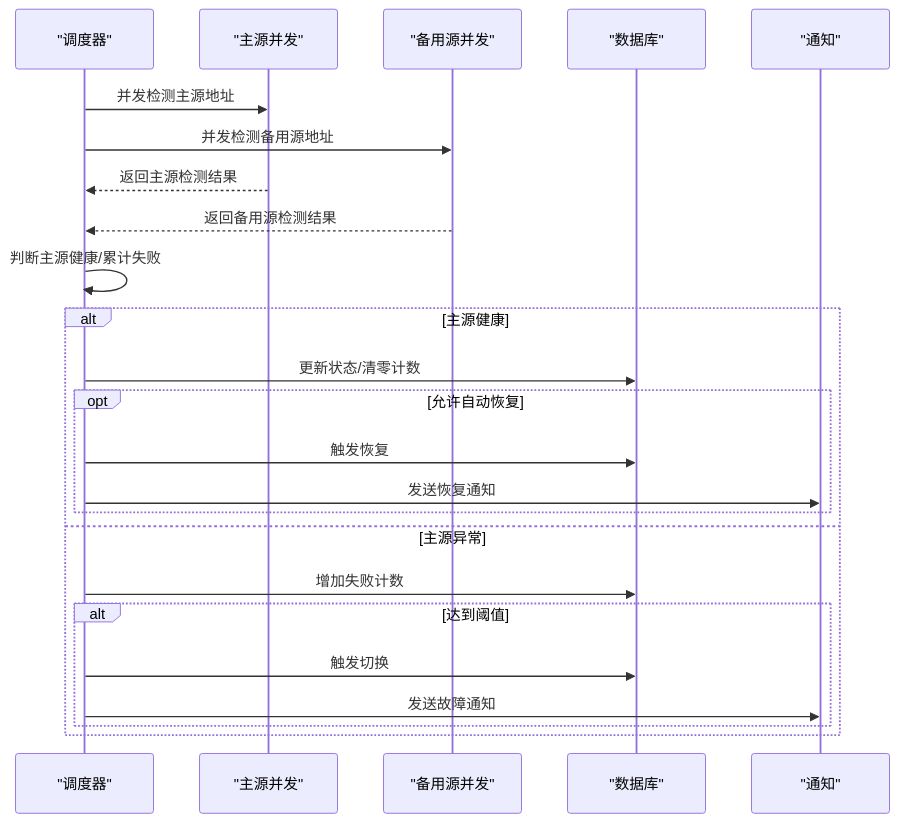
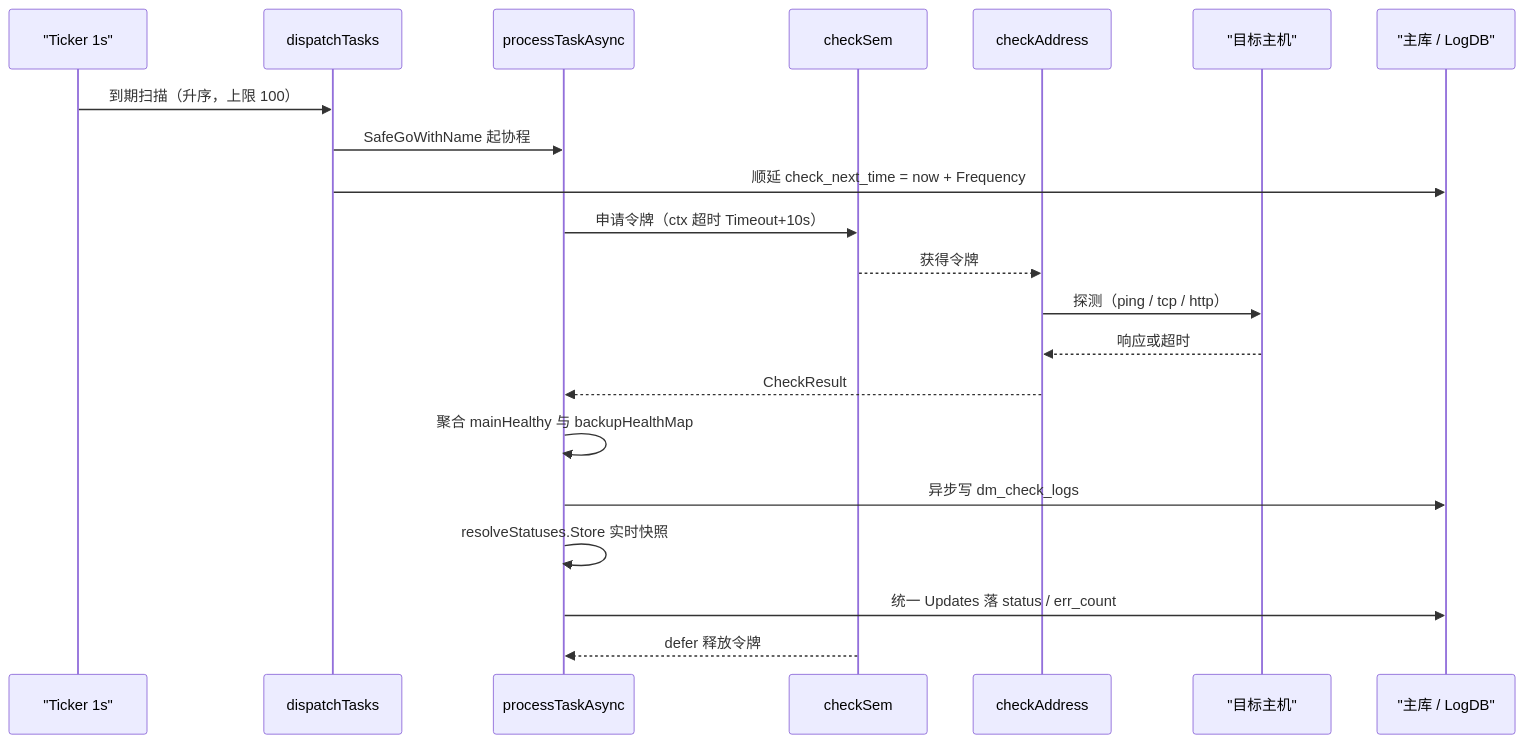
Before and after one commit to x01n/dnsplane: the fourth of 7 diagrams in docs/监控告警系统/健康检查机制.md, drawn with Mermaid. The commit also changed other lines of this file and 326 other files, not shown here.

````diff
--- a/docs/监控告警系统/健康检查机制.md
+++ b/docs/监控告警系统/健康检查机制.md
@@ -180,26 +280,23 @@
 ```mermaid
 sequenceDiagram
-participant S as "调度器"
-participant M as "主源并发"
-participant B as "备用源并发"
-participant DB as "数据库"
-participant N as "通知"
-S->>M : 并发检测主源地址
-S->>B : 并发检测备用源地址
-M-->>S : 返回主源检测结果
-B-->>S : 返回备用源检测结果
-S->>S : 判断主源健康/累计失败
-alt 主源健康
-S->>DB : 更新状态/清零计数
-opt 允许自动恢复
-S->>DB : 触发恢复
-S->>N : 发送恢复通知
-end
-else 主源异常
-S->>DB : 增加失败计数
-alt 达到阈值
-S->>DB : 触发切换
-S->>N : 发送故障通知
-end
-end
+    participant T as "Ticker 1s"
+    participant D as dispatchTasks
+    participant P as processTaskAsync
+    participant S as checkSem
+    participant C as checkAddress
+    participant H as "目标主机"
+    participant DB as "主库 / LogDB"
+    T->>D: 到期扫描（升序，上限 100）
+    D->>P: SafeGoWithName 起协程
+    D->>DB: 顺延 check_next_time = now + Frequency
+    P->>S: 申请令牌（ctx 超时 Timeout+10s）
+    S-->>C: 获得令牌
+    C->>H: 探测（ping / tcp / http）
+    H-->>C: 响应或超时
+    C-->>P: CheckResult
+    P->>P: 聚合 mainHealthy 与 backupHealthMap
+    P->>DB: 异步写 dm_check_logs
+    P->>P: resolveStatuses.Store 实时快照
+    P->>DB: 统一 Updates 落 status / err_count
+    S-->>P: defer 释放令牌
 ```
````
